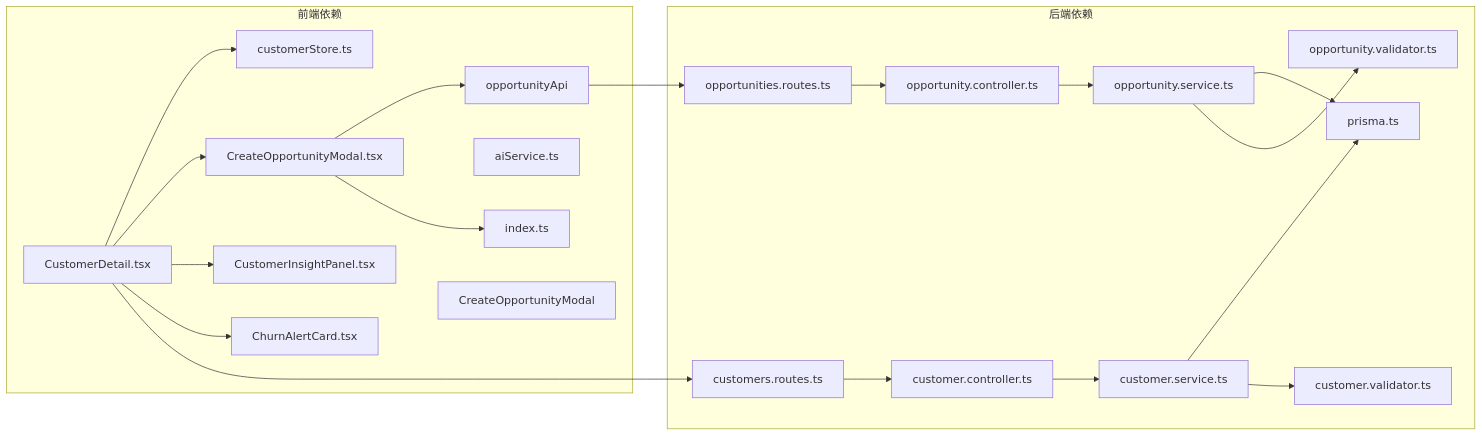
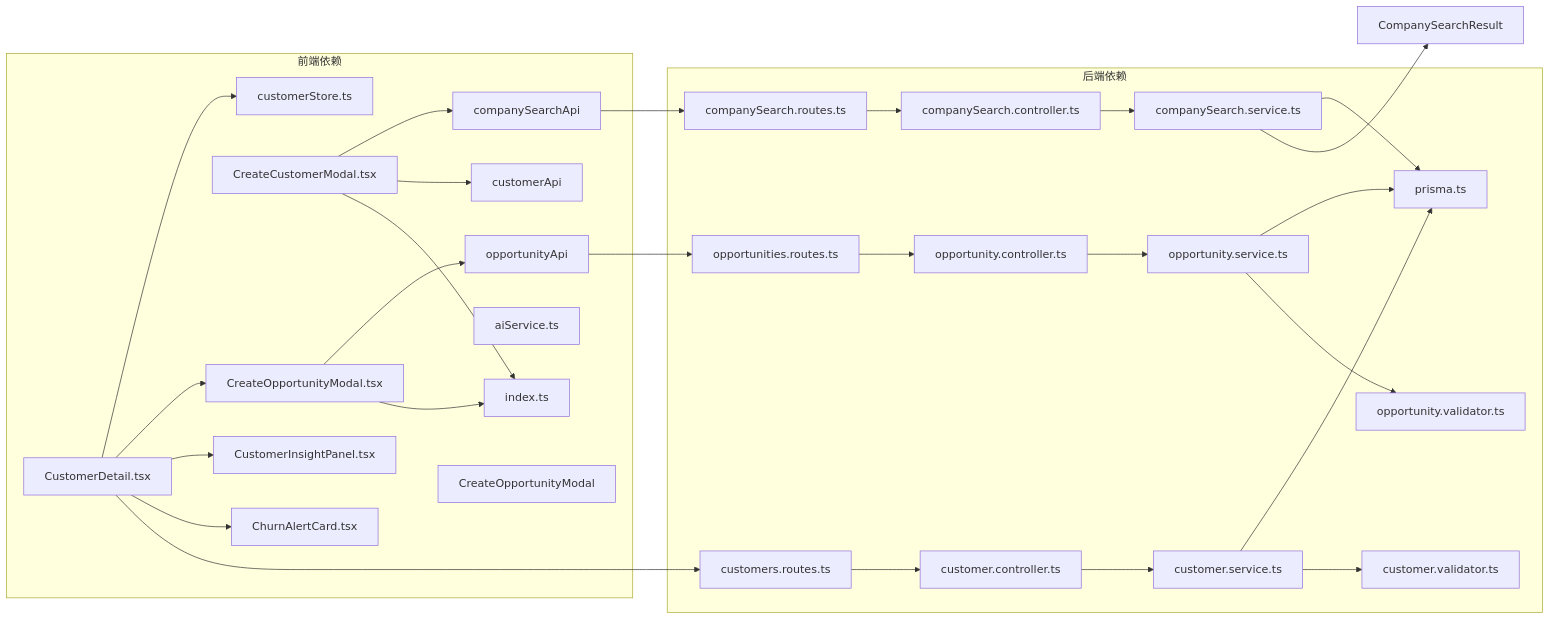
Diagram 11 of 11 in .qoder/repowiki/zh/content/Customer Detail Page.md (xianjianshenqu/SalesFlow-CRM), drawn with Mermaid before and after one commit. The commit also changed other lines of this file and 11 other files, not shown here.

````diff
--- a/.qoder/repowiki/zh/content/Customer Detail Page.md
+++ b/.qoder/repowiki/zh/content/Customer Detail Page.md
@@ -439,41 +647,55 @@
 ```mermaid
 graph LR
 subgraph "前端依赖"
 CustomerDetail[CustomerDetail.tsx]
 CreateOpportunityModal[CreateOpportunityModal.tsx]
+CreateCustomerModal[CreateCustomerModal.tsx]
 CustomerInsight[CustomerInsightPanel.tsx]
 ChurnAlert[ChurnAlertCard.tsx]
 CustomerStore[customerStore.ts]
 OpportunityApi[opportunityApi]
+CompanySearchApi[companySearchApi]
+CustomerApi[customerApi]
 AIService[aiService.ts]
 Types[index.ts]
 Modal[CreateOpportunityModal]
 end
 subgraph "后端依赖"
 CustomerController[customer.controller.ts]
 OpportunityController[opportunity.controller.ts]
+CompanySearchController[companySearch.controller.ts]
 CustomerService[customer.service.ts]
 OpportunityService[opportunity.service.ts]
+CompanySearchService[companySearch.service.ts]
 CustomerValidator[customer.validator.ts]
 OpportunityValidator[opportunity.validator.ts]
 Routes[customers.routes.ts]
 OpportunityRoutes[opportunities.routes.ts]
+CompanySearchRoutes[companySearch.routes.ts]
 Prisma[prisma.ts]
 end
 CustomerDetail --> CustomerStore
 CustomerDetail --> CreateOpportunityModal
 CustomerDetail --> CustomerInsight
 CustomerDetail --> ChurnAlert
 CreateOpportunityModal --> OpportunityApi
 CreateOpportunityModal --> Types
+CreateCustomerModal --> CompanySearchApi
+CreateCustomerModal --> CustomerApi
+CreateCustomerModal --> Types
 OpportunityApi --> OpportunityRoutes
 OpportunityRoutes --> OpportunityController
 OpportunityController --> OpportunityService
 OpportunityService --> Prisma
 OpportunityService --> OpportunityValidator
+CompanySearchApi --> CompanySearchRoutes
+CompanySearchRoutes --> CompanySearchController
+CompanySearchController --> CompanySearchService
+CompanySearchService --> Prisma
+CompanySearchService --> CompanySearchResult
 CustomerDetail --> Routes
 Routes --> CustomerController
 CustomerController --> CustomerService
 CustomerService --> Prisma
 CustomerService --> CustomerValidator
 ```
````
